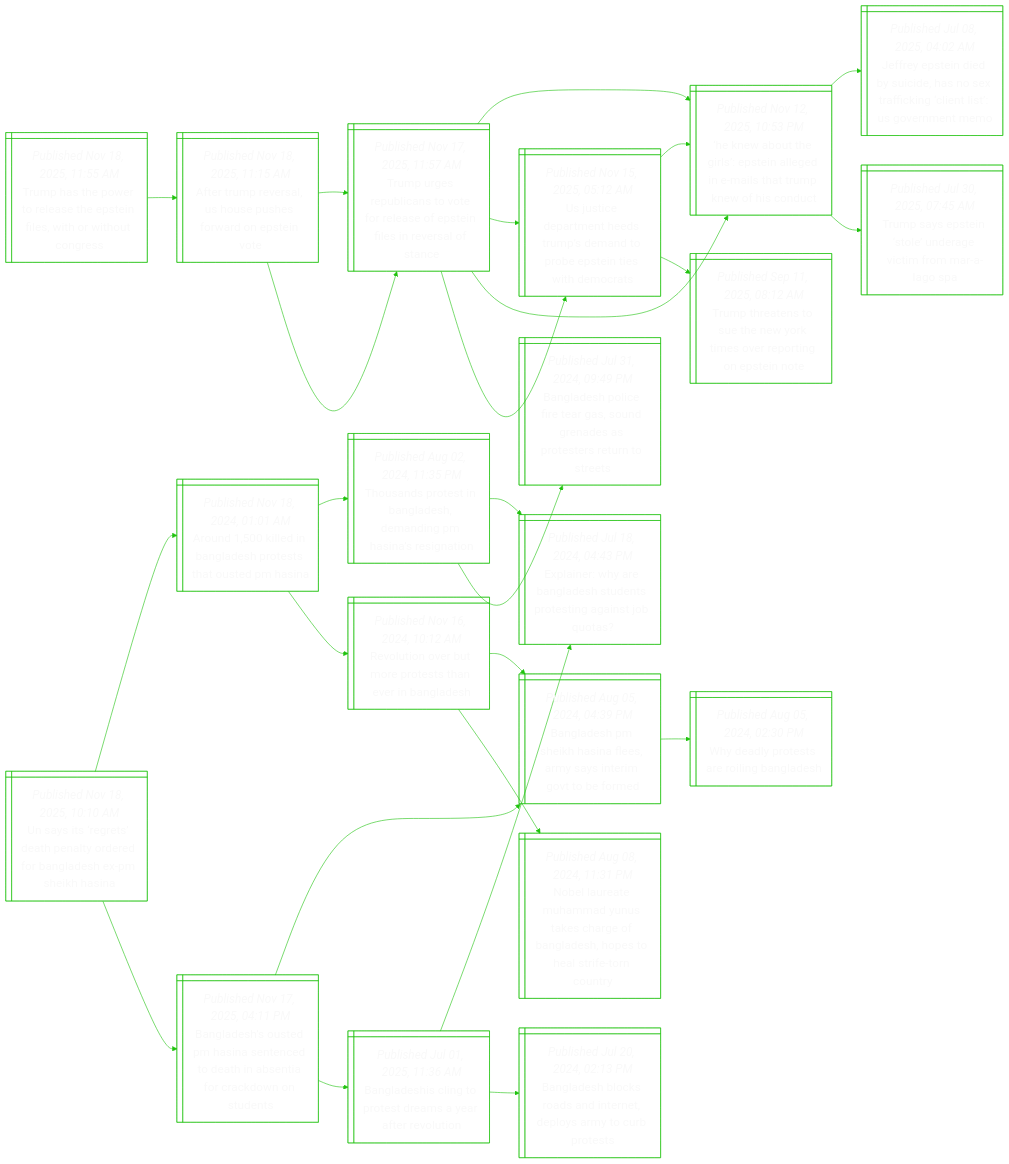
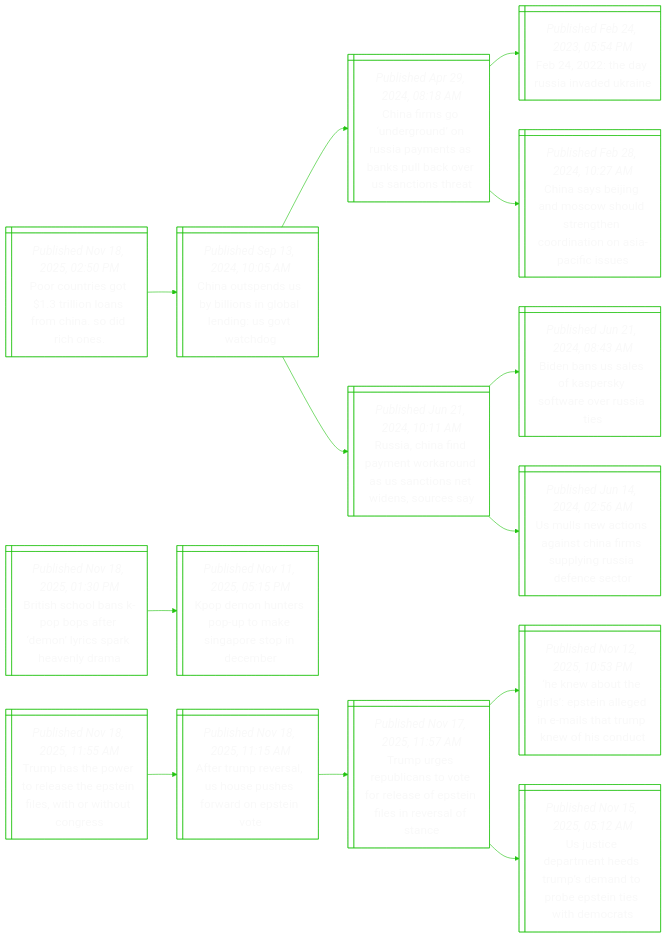
Before and after one commit to notJmes/notJmes: the diagram in README.md, drawn with Mermaid. The commit also changed other lines of this file, not shown here.

````diff
--- a/README.md
+++ b/README.md
@@ -15,6 +15,38 @@
 %%{init: {'theme':'base', 'themeVariables': {'primaryColor': "transparent", 'primaryTextColor': "#F9F9F9", 'lineColor': "#20C20E", 'primaryBorderColor':'#20C20E'}}}%%
 flowchart LR
 classDef txtsize font-size:20px;
+
+Poitloridcs@{ shape: win-pane, label: "_Published Nov 18, 2025, 02:50 PM_
+Poor countries got $1.3 trillion loans from china. so did rich ones." }
+CoeSlsoegvc@{ shape: win-pane, label: "_Published Sep 13, 2024, 10:05 AM_
+China outspends us by billions in global lending: us govt watchdog" }
+CfgeuRaessbvsih@{ shape: win-pane, label: "_Published Apr 29, 2024, 08:18 AM_
+China firms go ‘underground’ on russia payments as banks pull back over us sanctions threat" }
+Feuiea@{ shape: win-pane, label: "_Published Feb 24, 2023, 05:54 PM_
+Feb 24, 2022: the day russia invaded ukraine" }
+CsegosdnndiAace@{ shape: win-pane, label: "_Published Feb 28, 2024, 10:27 AM_
+China says beijing and moscow should strengthen coordination on asia-pacific issues" }
+RaapnknStndos@{ shape: win-pane, label: "_Published Jun 21, 2024, 10:11 AM_
+Russia, china find payment workaround as us sanctions net widens, sources say" }
+BbSssktout@{ shape: win-pane, label: "_Published Jun 21, 2024, 08:43 AM_
+Biden bans us sales of kaspersky software over russia ties" }
+Ulanihiuiseeo@{ shape: win-pane, label: "_Published Jun 14, 2024, 02:56 AM_
+Us mulls new actions against china firms supplying russia defence sector" }
+
+Poitloridcs:::txtsize --> CoeSlsoegvc:::txtsize
+CoeSlsoegvc:::txtsize --> CfgeuRaessbvsih:::txtsize
+CfgeuRaessbvsih:::txtsize --> Feuiea:::txtsize
+CfgeuRaessbvsih:::txtsize --> CsegosdnndiAace:::txtsize
+CoeSlsoegvc:::txtsize --> RaapnknStndos:::txtsize
+RaapnknStndos:::txtsize --> BbSssktout:::txtsize
+RaapnknStndos:::txtsize --> Ulanihiuiseeo:::txtsize
+
+Bsonpadlsker@{ shape: win-pane, label: "_Published Nov 18, 2025, 01:30 PM_
+British school bans k-pop bops after ‘demon’ lyrics spark heavenly drama" }
+Keuspkgeie@{ shape: win-pane, label: "_Published Nov 11, 2025, 05:15 PM_
+Kpop demon hunters pop-up to make singapore stop in december" }
+
+Bsonpadlsker:::txtsize --> Keuspkgeie:::txtsize
 
 Therltsfwrons@{ shape: win-pane, label: "_Published Nov 18, 2025, 11:55 AM_
 Trump has the power to release the epstein files, with or without congress" }
@@ -32,72 +64,4 @@
 TuRlstrspnsvla:::txtsize --> HwtipngesTkfot:::txtsize
 TuRlstrspnsvla:::txtsize --> Utemerddostimt:::txtsize
 
-ATrsHpsaEie@{ shape: win-pane, label: "_Published Nov 18, 2025, 11:15 AM_
-After trump reversal, us house pushes forward on epstein vote" }
-TuRlstrspnsvla@{ shape: win-pane, label: "_Published Nov 17, 2025, 11:57 AM_
-Trump urges republicans to vote for release of epstein files in reversal of stance" }
-HwtipngesTkfot@{ shape: win-pane, label: "_Published Nov 12, 2025, 10:53 PM_
-‘he knew about the girls’: epstein alleged in e-mails that trump knew of his conduct" }
-Jetisdntigntvem@{ shape: win-pane, label: "_Published Jul 08, 2025, 04:02 AM_
-Jeffrey epstein died by suicide, has no sex trafficking ‘client list’: us government memo" }
-Tspnerifag@{ shape: win-pane, label: "_Published Jul 30, 2025, 07:45 AM_
-Trump says epstein ‘stole’ underage victim from mar-a-lago spa" }
-Utemerddostimt@{ shape: win-pane, label: "_Published Nov 15, 2025, 05:12 AM_
-Us justice department heeds trump’s demand to probe epstein ties with democrats" }
-HwtipngesTkfot@{ shape: win-pane, label: "_Published Nov 12, 2025, 10:53 PM_
-‘he knew about the girls’: epstein alleged in e-mails that trump knew of his conduct" }
-TttohYivpnpn@{ shape: win-pane, label: "_Published Sep 11, 2025, 08:12 AM_
-Trump threatens to sue the new york times over reporting on epstein note" }
-
-ATrsHpsaEie:::txtsize --> TuRlstrspnsvla:::txtsize
-TuRlstrspnsvla:::txtsize --> HwtipngesTkfot:::txtsize
-HwtipngesTkfot:::txtsize --> Jetisdntigntvem:::txtsize
-HwtipngesTkfot:::txtsize --> Tspnerifag:::txtsize
-TuRlstrspnsvla:::txtsize --> Utemerddostimt:::txtsize
-Utemerddostimt:::txtsize --> HwtipngesTkfot:::txtsize
-Utemerddostimt:::txtsize --> TttohYivpnpn:::txtsize
-
-UseshldfnePis@{ shape: win-pane, label: "_Published Nov 18, 2025, 10:10 AM_
-Un says its ‘regrets’ death penalty ordered for bangladesh ex-pm sheikh hasina" }
-Adeadrttea@{ shape: win-pane, label: "_Published Nov 18, 2024, 01:01 AM_
-Around 1,500 killed in bangladesh protests that ousted pm hasina" }
-Tartnemnasgo@{ shape: win-pane, label: "_Published Aug 02, 2024, 11:35 PM_
-Thousands protest in bangladesh, demanding pm hasina’s resignation" }
-EihBasnoiajo@{ shape: win-pane, label: "_Published Jul 18, 2024, 04:43 PM_
-Explainer: why are bangladesh students protesting against job quotas?" }
-Bapetannatrust@{ shape: win-pane, label: "_Published Jul 31, 2024, 09:49 PM_
-Bangladesh police fire tear gas, sound grenades as protesters return to streets" }
-Ruoueehead@{ shape: win-pane, label: "_Published Nov 16, 2024, 10:12 AM_
-Revolution over but more protests than ever in bangladesh" }
-BaPislryeobm@{ shape: win-pane, label: "_Published Aug 05, 2024, 04:39 PM_
-Bangladesh pm sheikh hasina flees, army says interim govt to be formed" }
-Nlahdssgadoosecr@{ shape: win-pane, label: "_Published Aug 08, 2024, 11:31 PM_
-Nobel laureate muhammad yunus takes charge of bangladesh, hopes to heal strife-torn country" }
-Baseasnohsarosn@{ shape: win-pane, label: "_Published Nov 17, 2025, 04:11 PM_
-Bangladesh’s ousted pm hasina sentenced to death in absentia for crackdown on students" }
-BaPislryeobm@{ shape: win-pane, label: "_Published Aug 05, 2024, 04:39 PM_
-Bangladesh pm sheikh hasina flees, army says interim govt to be formed" }
-Wartrngs@{ shape: win-pane, label: "_Published Aug 05, 2024, 02:30 PM_
-Why deadly protests are roiling bangladesh" }
-Bainrtmaeoo@{ shape: win-pane, label: "_Published Jul 01, 2025, 11:36 AM_
-Bangladeshis cling to protest dreams a year after revolution" }
-EihBasnoiajo@{ shape: win-pane, label: "_Published Jul 18, 2024, 04:43 PM_
-Explainer: why are bangladesh students protesting against job quotas?" }
-Babssnelrcrt@{ shape: win-pane, label: "_Published Jul 20, 2024, 02:13 PM_
-Bangladesh blocks roads and internet, deploys army to curb protests" }
-
-UseshldfnePis:::txtsize --> Adeadrttea:::txtsize
-Adeadrttea:::txtsize --> Tartnemnasgo:::txtsize
-Tartnemnasgo:::txtsize --> EihBasnoiajo:::txtsize
-Tartnemnasgo:::txtsize --> Bapetannatrust:::txtsize
-Adeadrttea:::txtsize --> Ruoueehead:::txtsize
-Ruoueehead:::txtsize --> BaPislryeobm:::txtsize
-Ruoueehead:::txtsize --> Nlahdssgadoosecr:::txtsize
-UseshldfnePis:::txtsize --> Baseasnohsarosn:::txtsize
-Baseasnohsarosn:::txtsize --> BaPislryeobm:::txtsize
-BaPislryeobm:::txtsize --> Wartrngs:::txtsize
-Baseasnohsarosn:::txtsize --> Bainrtmaeoo:::txtsize
-Bainrtmaeoo:::txtsize --> EihBasnoiajo:::txtsize
-Bainrtmaeoo:::txtsize --> Babssnelrcrt:::txtsize
-
 ```
````
